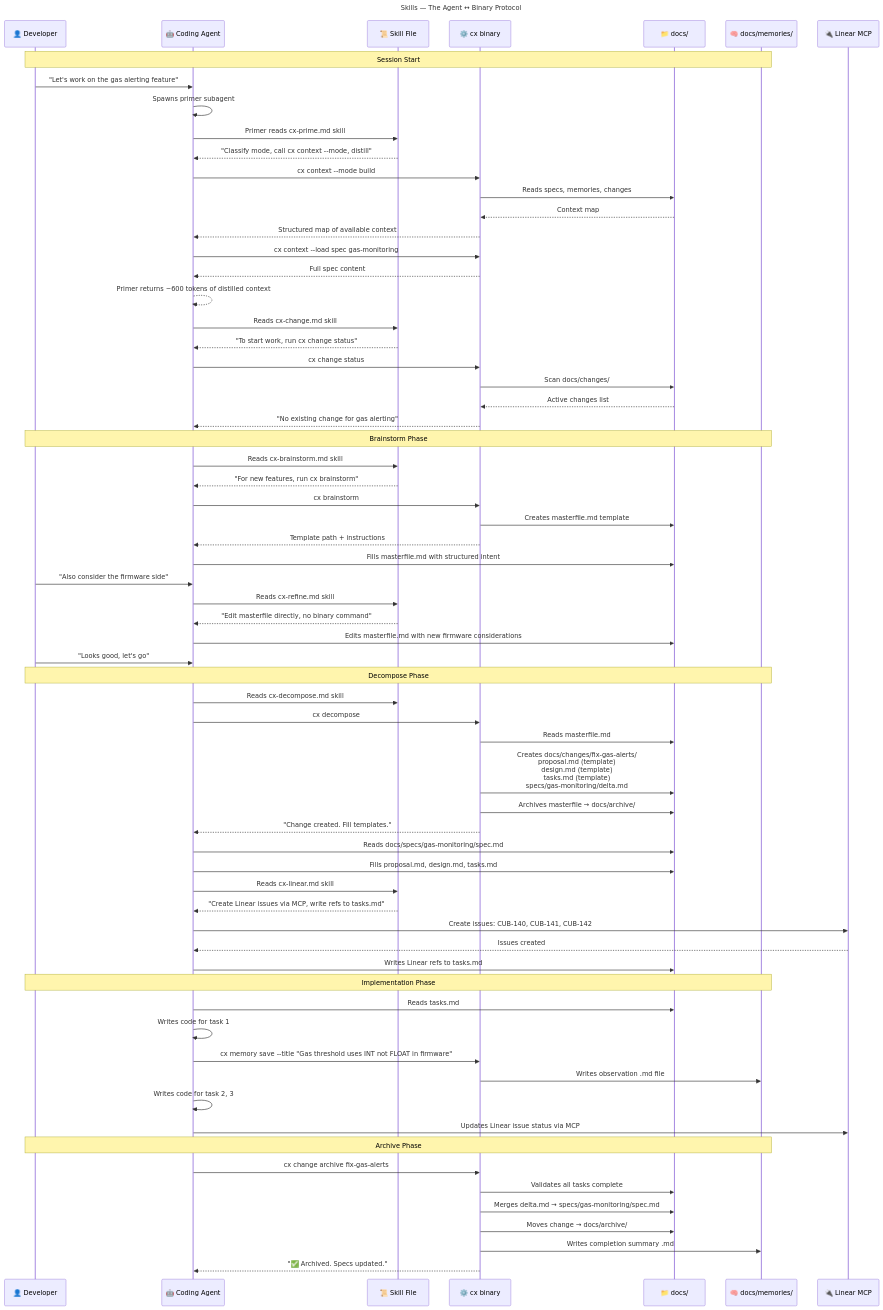
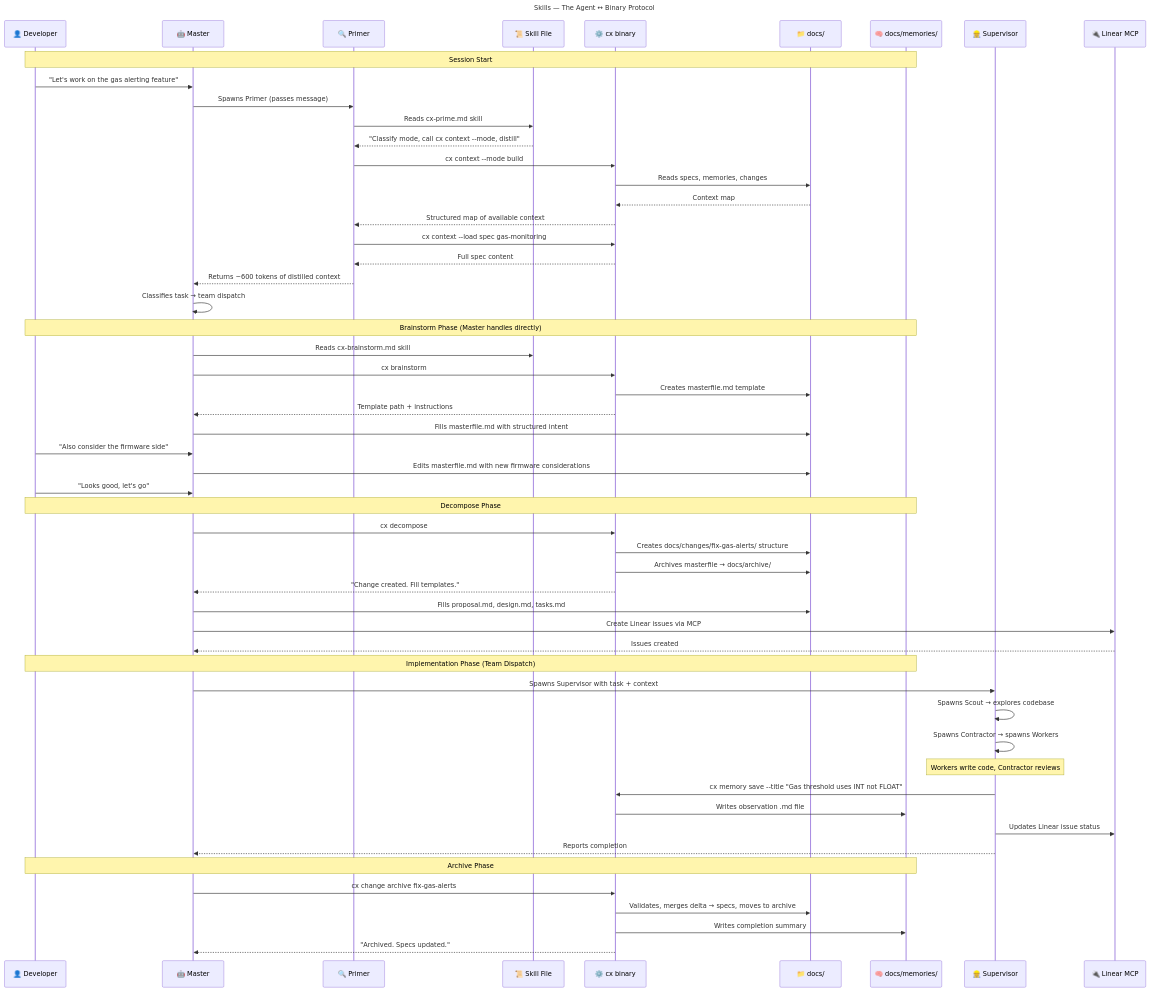
The diagram in docs/architecture/diagrams/07-skill-protocol.mermaid (AngelMaldonado/cx), drawn with Mermaid before and after one commit. The commit also changed 63 other files, not shown here.

```diff
--- a/docs/architecture/diagrams/07-skill-protocol.mermaid
+++ b/docs/architecture/diagrams/07-skill-protocol.mermaid
@@ -1,84 +1,71 @@
 ---
 title: "Skills — The Agent ↔ Binary Protocol"
 ---
 sequenceDiagram
     participant Dev as 👤 Developer
-    participant Agent as 🤖 Coding Agent
+    participant Master as 🤖 Master
+    participant Primer as 🔍 Primer
     participant Skill as 📜 Skill File
     participant CX as ⚙️ cx binary
     participant Docs as 📁 docs/
     participant Mem as 🧠 docs/memories/
+    participant Sup as 👷 Supervisor
     participant MCP as 🔌 Linear MCP
 
     Note over Dev,Mem: Session Start
 
-    Dev->>Agent: "Let's work on the gas alerting feature"
+    Dev->>Master: "Let's work on the gas alerting feature"
 
-    Agent->>Agent: Spawns primer subagent
-    Agent->>Skill: Primer reads cx-prime.md skill
-    Skill-->>Agent: "Classify mode, call cx context --mode, distill"
-    Agent->>CX: cx context --mode build
+    Master->>Primer: Spawns Primer (passes message)
+    Primer->>Skill: Reads cx-prime.md skill
+    Skill-->>Primer: "Classify mode, call cx context --mode, distill"
+    Primer->>CX: cx context --mode build
     CX->>Docs: Reads specs, memories, changes
     Docs-->>CX: Context map
-    CX-->>Agent: Structured map of available context
-    Agent->>CX: cx context --load spec gas-monitoring
-    CX-->>Agent: Full spec content
-    Agent-->>Agent: Primer returns ~600 tokens of distilled context
+    CX-->>Primer: Structured map of available context
+    Primer->>CX: cx context --load spec gas-monitoring
+    CX-->>Primer: Full spec content
+    Primer-->>Master: Returns ~600 tokens of distilled context
 
-    Agent->>Skill: Reads cx-change.md skill
-    Skill-->>Agent: "To start work, run cx change status"
-    Agent->>CX: cx change status
-    CX->>Docs: Scan docs/changes/
-    Docs-->>CX: Active changes list
-    CX-->>Agent: "No existing change for gas alerting"
+    Master->>Master: Classifies task → team dispatch
 
-    Note over Dev,Mem: Brainstorm Phase
+    Note over Dev,Mem: Brainstorm Phase (Master handles directly)
 
-    Agent->>Skill: Reads cx-brainstorm.md skill
-    Skill-->>Agent: "For new features, run cx brainstorm"
-    Agent->>CX: cx brainstorm
+    Master->>Skill: Reads cx-brainstorm.md skill
+    Master->>CX: cx brainstorm
     CX->>Docs: Creates masterfile.md template
-    CX-->>Agent: Template path + instructions
-    Agent->>Docs: Fills masterfile.md with structured intent
+    CX-->>Master: Template path + instructions
+    Master->>Docs: Fills masterfile.md with structured intent
 
-    Dev->>Agent: "Also consider the firmware side"
-    Agent->>Skill: Reads cx-refine.md skill
-    Skill-->>Agent: "Edit masterfile directly, no binary command"
-    Agent->>Docs: Edits masterfile.md with new firmware considerations
+    Dev->>Master: "Also consider the firmware side"
+    Master->>Docs: Edits masterfile.md with new firmware considerations
 
-    Dev->>Agent: "Looks good, let's go"
+    Dev->>Master: "Looks good, let's go"
 
     Note over Dev,Mem: Decompose Phase
 
-    Agent->>Skill: Reads cx-decompose.md skill
-    Agent->>CX: cx decompose
-    CX->>Docs: Reads masterfile.md
-    CX->>Docs: Creates docs/changes/fix-gas-alerts/<br/>  proposal.md (template)<br/>  design.md (template)<br/>  tasks.md (template)<br/>  specs/gas-monitoring/delta.md
+    Master->>CX: cx decompose
+    CX->>Docs: Creates docs/changes/fix-gas-alerts/ structure
     CX->>Docs: Archives masterfile → docs/archive/
-    CX-->>Agent: "Change created. Fill templates."
-    Agent->>Docs: Reads docs/specs/gas-monitoring/spec.md
-    Agent->>Docs: Fills proposal.md, design.md, tasks.md
-    Agent->>Skill: Reads cx-linear.md skill
-    Skill-->>Agent: "Create Linear issues via MCP, write refs to tasks.md"
-    Agent->>MCP: Create issues: CUB-140, CUB-141, CUB-142
-    MCP-->>Agent: Issues created
-    Agent->>Docs: Writes Linear refs to tasks.md
+    CX-->>Master: "Change created. Fill templates."
+    Master->>Docs: Fills proposal.md, design.md, tasks.md
+    Master->>MCP: Create Linear issues via MCP
+    MCP-->>Master: Issues created
 
-    Note over Dev,Mem: Implementation Phase
+    Note over Dev,Mem: Implementation Phase (Team Dispatch)
 
-    Agent->>Docs: Reads tasks.md
-    Agent->>Agent: Writes code for task 1
-    Agent->>CX: cx memory save --title "Gas threshold uses INT not FLOAT in firmware"
+    Master->>Sup: Spawns Supervisor with task + context
+    Sup->>Sup: Spawns Scout → explores codebase
+    Sup->>Sup: Spawns Contractor → spawns Workers
+    Note over Sup: Workers write code, Contractor reviews
+    Sup->>CX: cx memory save --title "Gas threshold uses INT not FLOAT"
     CX->>Mem: Writes observation .md file
-
-    Agent->>Agent: Writes code for task 2, 3
-    Agent->>MCP: Updates Linear issue status via MCP
+    Sup->>MCP: Updates Linear issue status
+    Sup-->>Master: Reports completion
 
     Note over Dev,Mem: Archive Phase
 
-    Agent->>CX: cx change archive fix-gas-alerts
-    CX->>Docs: Validates all tasks complete
-    CX->>Docs: Merges delta.md → specs/gas-monitoring/spec.md
-    CX->>Docs: Moves change → docs/archive/
-    CX->>Mem: Writes completion summary .md
-    CX-->>Agent: "✅ Archived. Specs updated."
+    Master->>CX: cx change archive fix-gas-alerts
+    CX->>Docs: Validates, merges delta → specs, moves to archive
+    CX->>Mem: Writes completion summary
+    CX-->>Master: "Archived. Specs updated."
```
